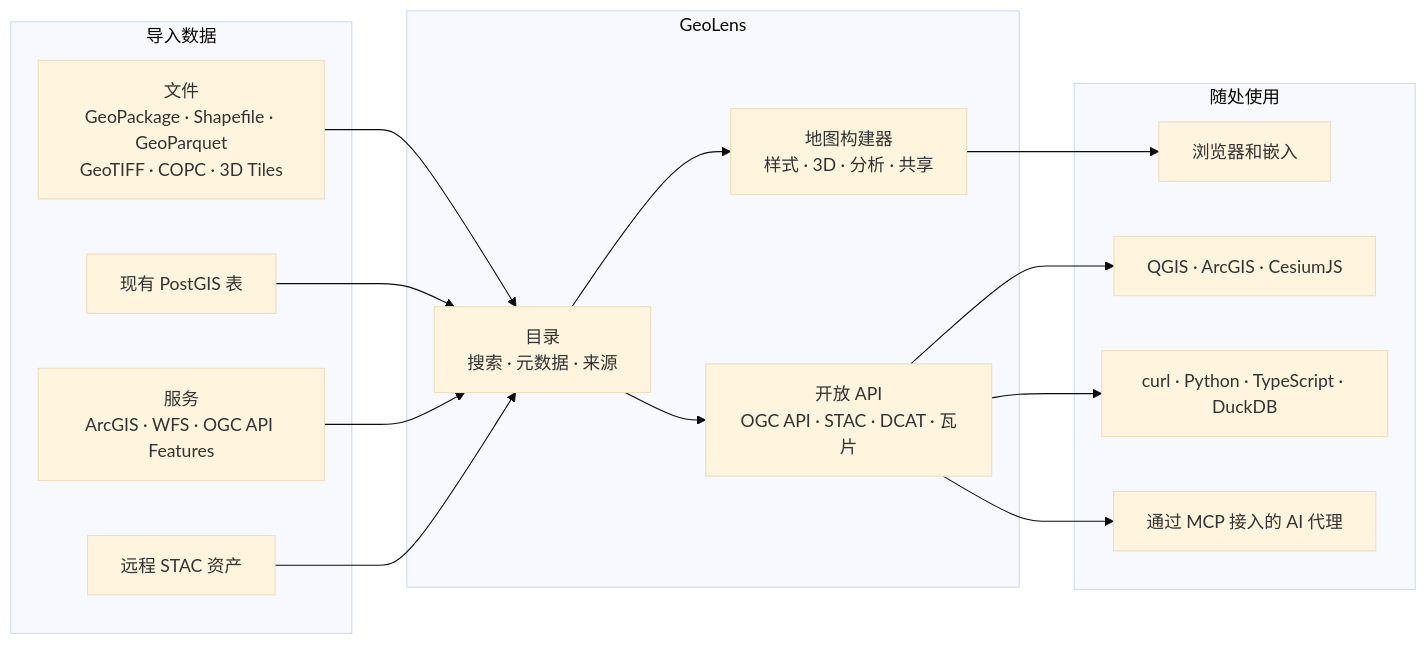
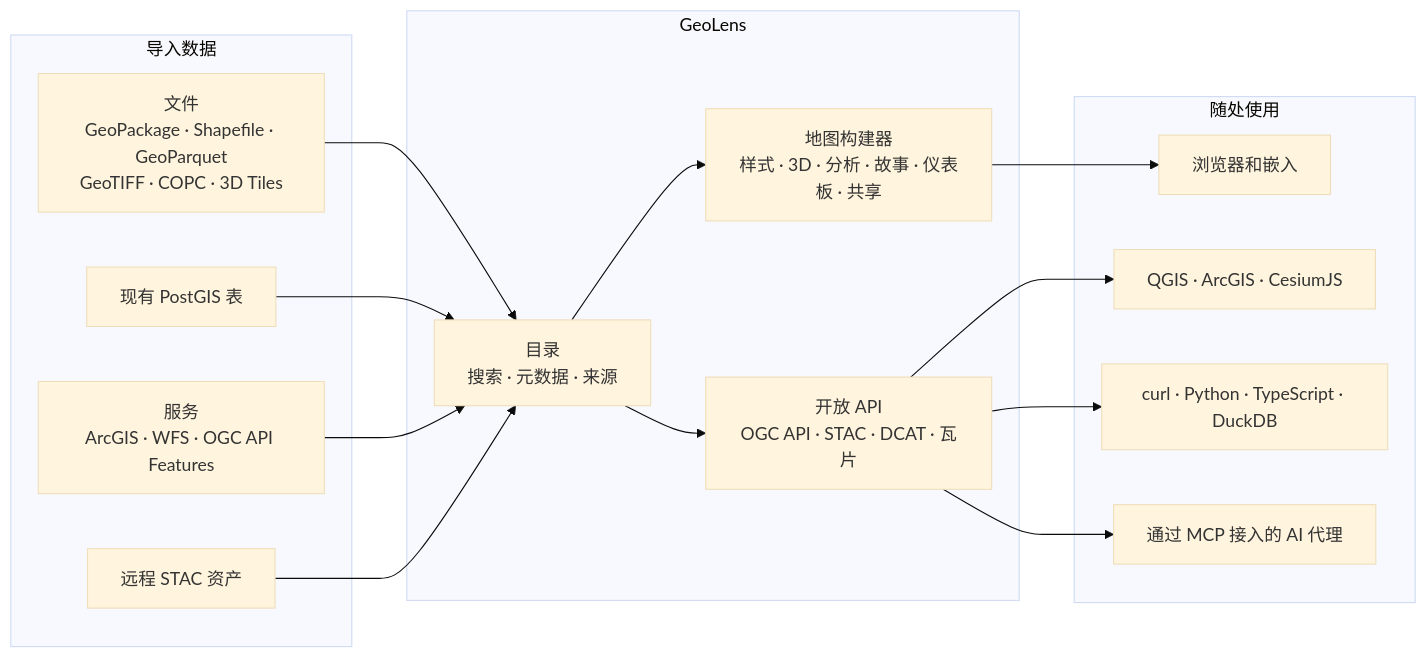
One commit to geolens-io/geolens changed the diagram in README.zh.md. Above: the diagram before and after it, drawn with Mermaid (base theme). The commit also changed other lines of this file and 11 other files, not shown here.

````diff
--- a/README.zh.md
+++ b/README.zh.md
@@ -136,23 +136,23 @@
 ```mermaid
 flowchart LR
     subgraph IN ["导入数据"]
       F["文件<br/>GeoPackage · Shapefile · GeoParquet<br/>GeoTIFF · COPC · 3D Tiles"]
       DB["现有 PostGIS 表"]
       SVC["服务<br/>ArcGIS · WFS · OGC API Features"]
       ST["远程 STAC 资产"]
     end
     subgraph GL ["GeoLens"]
       CAT["目录<br/>搜索 · 元数据 · 来源"]
-      MB["地图构建器<br/>样式 · 3D · 分析 · 共享"]
+      MB["地图构建器<br/>样式 · 3D · 分析 · 故事 · 仪表板 · 共享"]
       STD["开放 API<br/>OGC API · STAC · DCAT · 瓦片"]
     end
     subgraph OUT ["随处使用"]
       WEB["浏览器和嵌入"]
       GIS["QGIS · ArcGIS · CesiumJS"]
       CODE["curl · Python · TypeScript · DuckDB"]
       AG["通过 MCP 接入的 AI 代理"]
     end
     F & DB & SVC & ST --> CAT
     CAT --> MB --> WEB
     CAT --> STD --> GIS & CODE & AG
 ```
````
